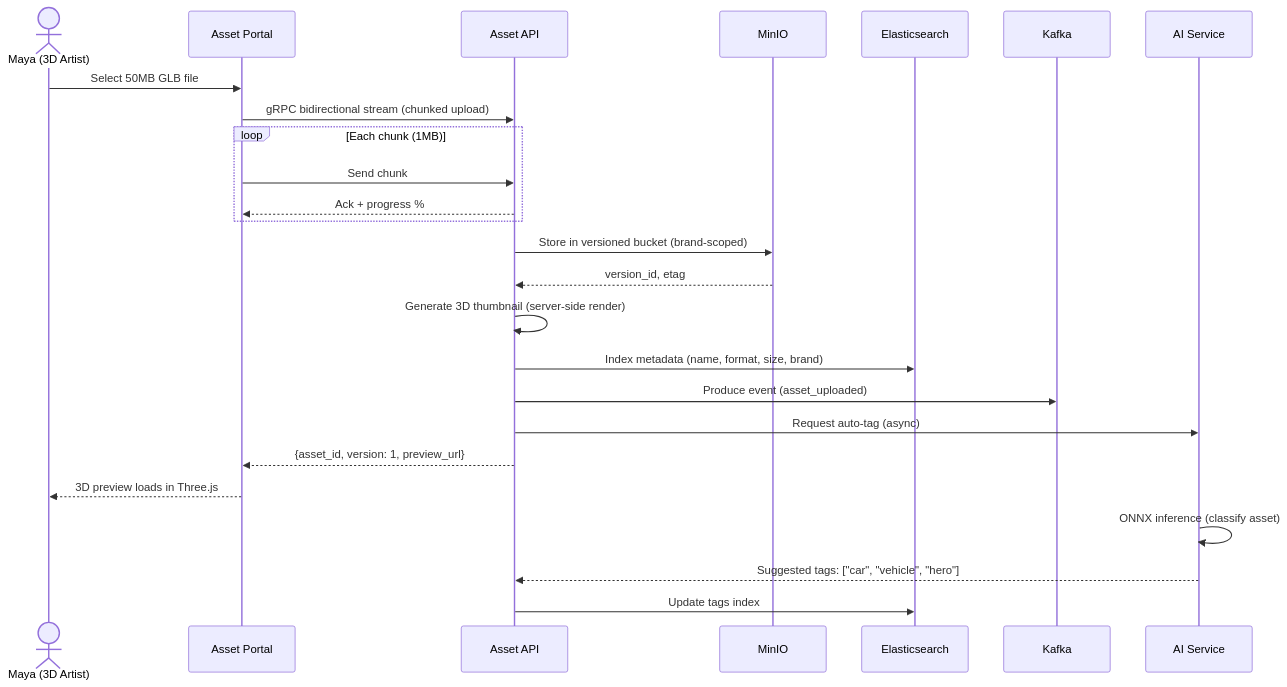
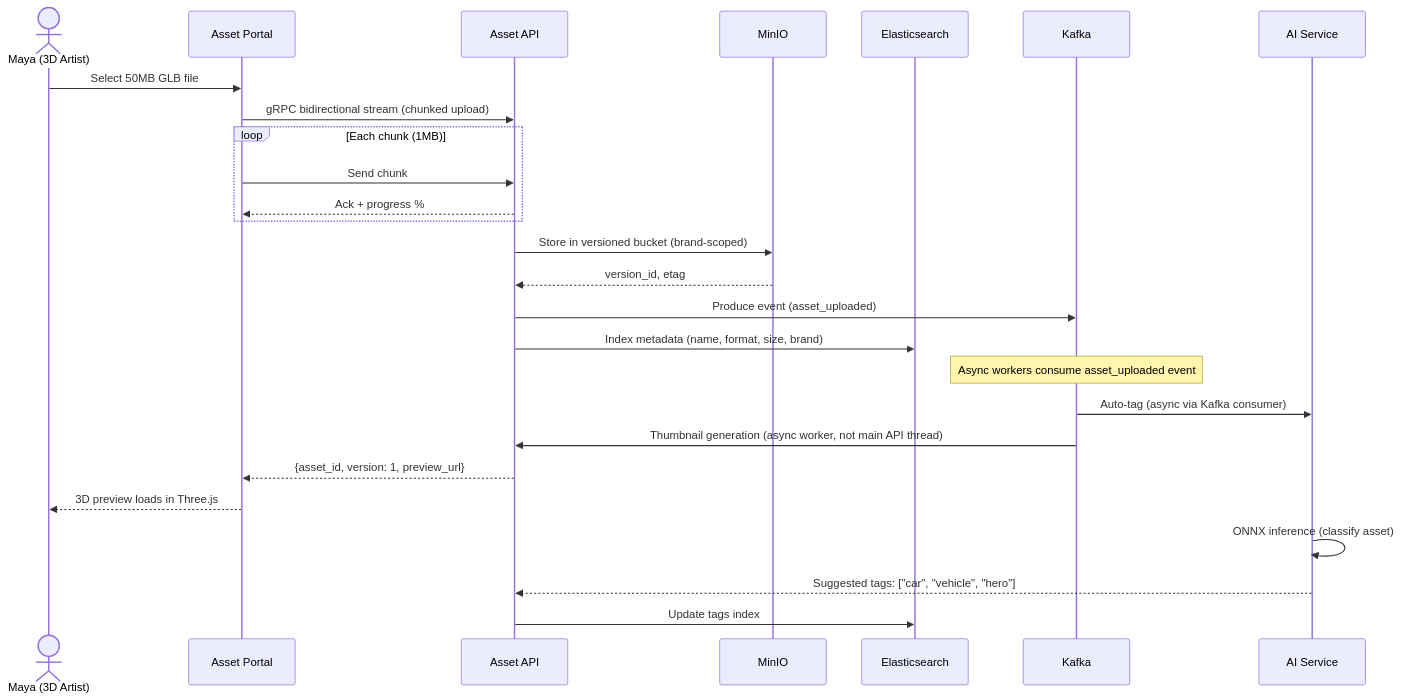
Before and after one commit to Eyolf6Coyote7/Eyolf6Coyote7: the fifth of 10 diagrams in 3d_asset_collaboration/docs/system_architecture.md, drawn with Mermaid. The commit also changed other lines of this file, not shown here.

First line of the commit message:
🎨style#48: apply Gemini review fixes (10 items) for 3D Asset Architecture

````diff
--- a/3d_asset_collaboration/docs/system_architecture.md
+++ b/3d_asset_collaboration/docs/system_architecture.md
@@ -163,29 +163,30 @@
 ```mermaid
 sequenceDiagram
   actor Maya as Maya (3D Artist)
   participant Portal as Asset Portal
   participant API as Asset API
   participant MIO as MinIO
   participant ES as Elasticsearch
   participant KF as Kafka
   participant AI as AI Service
 
   Maya->>Portal: Select 50MB GLB file
   Portal->>API: gRPC bidirectional stream (chunked upload)
   loop Each chunk (1MB)
     Portal->>API: Send chunk
     API-->>Portal: Ack + progress %
   end
   API->>MIO: Store in versioned bucket (brand-scoped)
   MIO-->>API: version_id, etag
-  API->>API: Generate 3D thumbnail (server-side render)
+  API->>KF: Produce event (asset_uploaded)
   API->>ES: Index metadata (name, format, size, brand)
-  API->>KF: Produce event (asset_uploaded)
-  API->>AI: Request auto-tag (async)
+  Note over KF: Async workers consume asset_uploaded event
+  KF->>AI: Auto-tag (async via Kafka consumer)
+  KF->>API: Thumbnail generation (async worker, not main API thread)
   API-->>Portal: {asset_id, version: 1, preview_url}
   Portal-->>Maya: 3D preview loads in Three.js
 
   AI->>AI: ONNX inference (classify asset)
   AI-->>API: Suggested tags: ["car", "vehicle", "hero"]
   API->>ES: Update tags index
 ```
````
